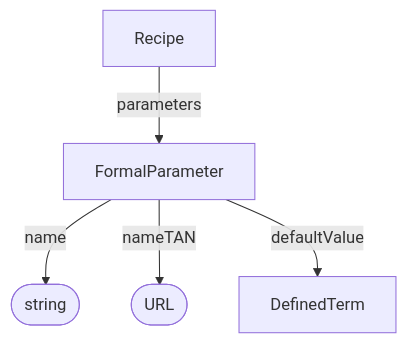
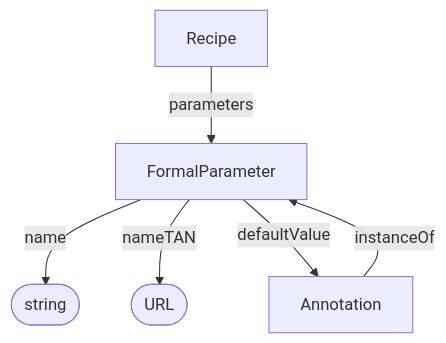
The diagram in docs/spec/process_provenance/FormalParameter.md (HLWeil/ARC-base-model), drawn with Mermaid before and after one commit. The commit also changed other lines of this file and 1 other file, not shown here.

Commit message:
docs: define formal parameter slots and annotation defaults

````diff
--- a/docs/spec/process_provenance/FormalParameter.md
+++ b/docs/spec/process_provenance/FormalParameter.md
@@ -26,11 +28,12 @@
 ```mermaid
 flowchart TD
 
     na@{ shape: stadium, label: "string" }
     nt@{ shape: stadium, label: "URL" }
 
     Recipe --parameters--> FormalParameter
+    Annotation --instanceOf--> FormalParameter
     FormalParameter --name--> na
     FormalParameter --nameTAN--> nt
-    FormalParameter --defaultValue--> DefinedTerm
+    FormalParameter --defaultValue--> Annotation
 ```
````
